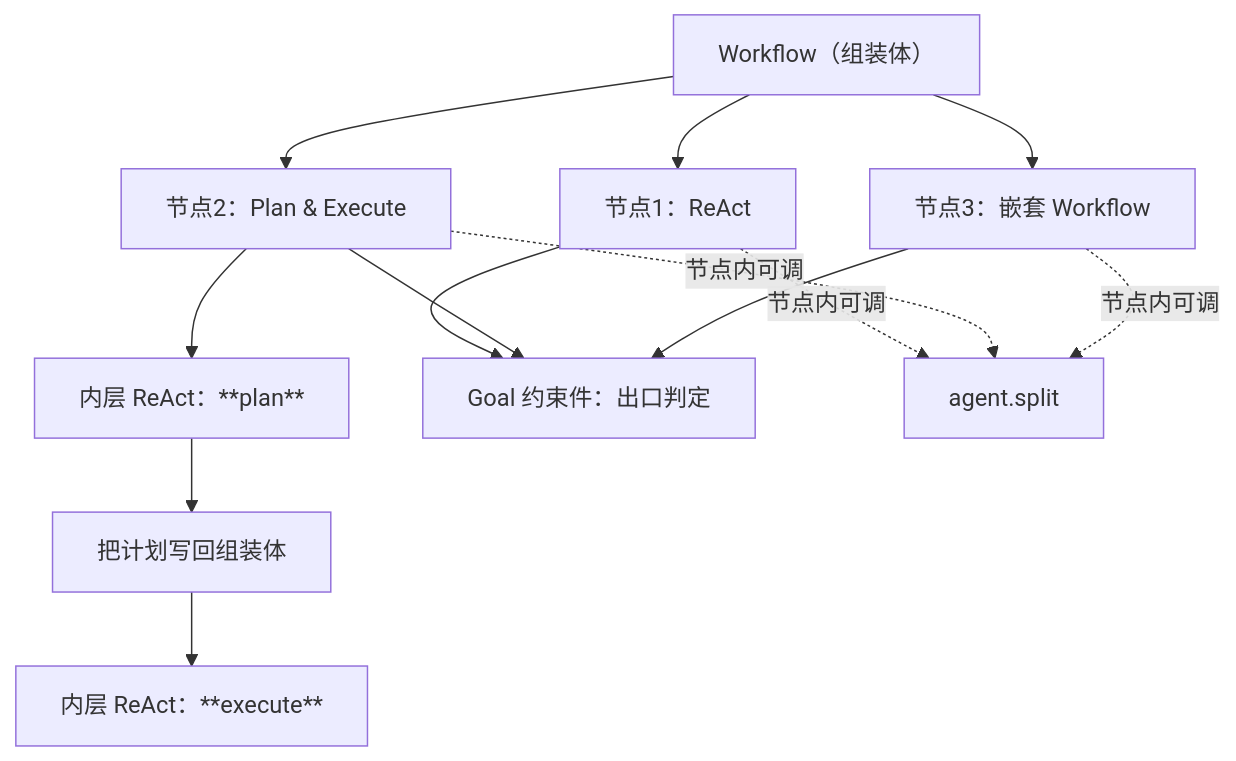
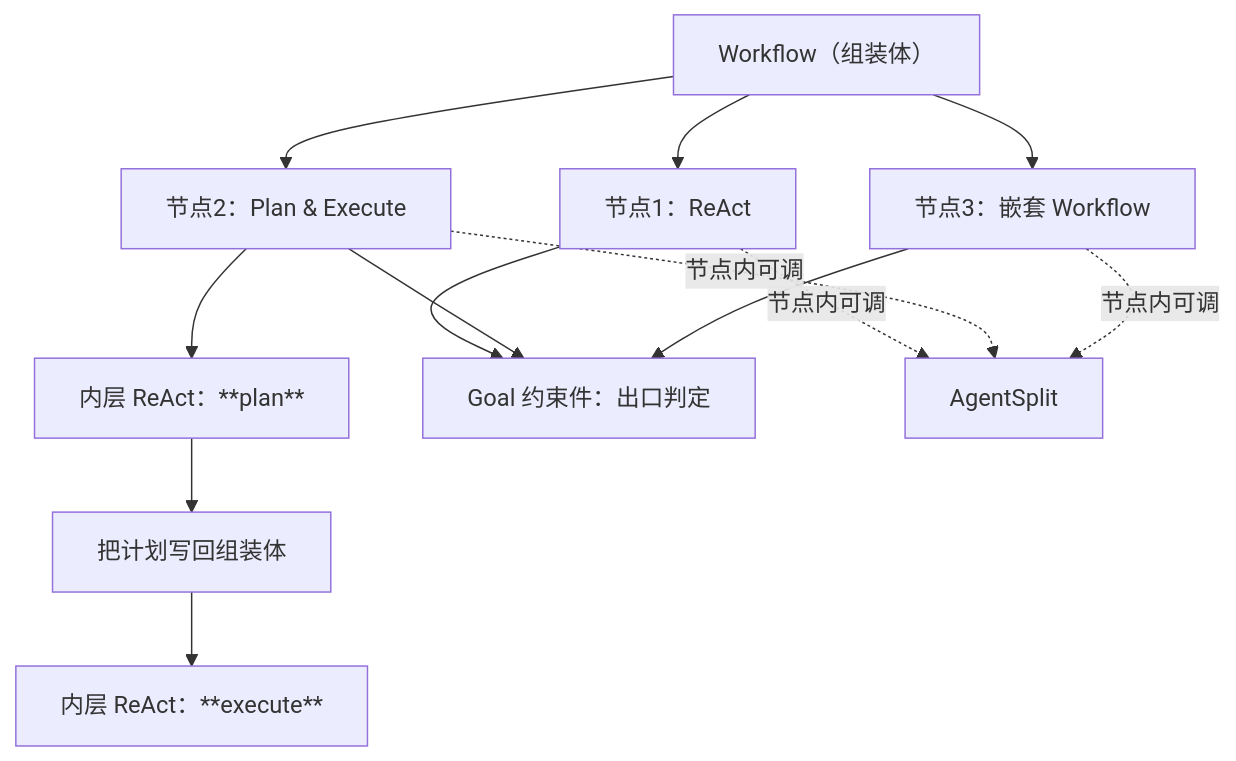
Before and after one commit to linmowudie/CivitasAI: the first of 2 diagrams in Docs/Dev/L1编排设计/04-递归组合与P&E.md, drawn with Mermaid. The commit also changed other lines of this file and 305 other files, not shown here.

````diff
--- a/Docs/Dev/L1编排设计/04-递归组合与P&E.md
+++ b/Docs/Dev/L1编排设计/04-递归组合与P&E.md
@@ -10,11 +10,11 @@
 ```mermaid
 flowchart TD
   WF["Workflow（组装体）"] --> N1["节点1：ReAct"]
   WF --> N2["节点2：Plan & Execute"]
   WF --> N3["节点3：嵌套 Workflow"]
   N2 --> P1["内层 ReAct：**plan**"] --> P2["把计划写回组装体"] --> P3["内层 ReAct：**execute**"]
   N1 & N2 & N3 --> G["Goal 约束件：出口判定"]
-  N1 -.节点内可调.-> S["agent.split"]
+  N1 -.节点内可调.-> S["AgentSplit"]
   N2 -.节点内可调.-> S
   N3 -.节点内可调.-> S
 ```
````
